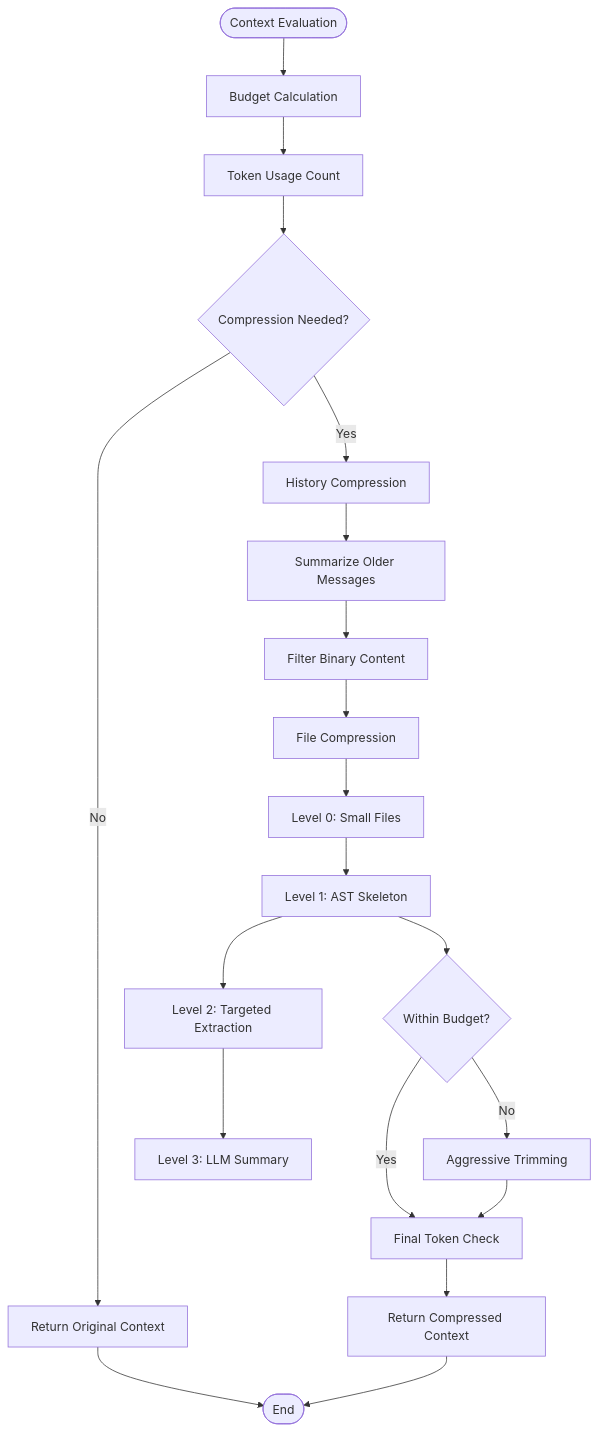
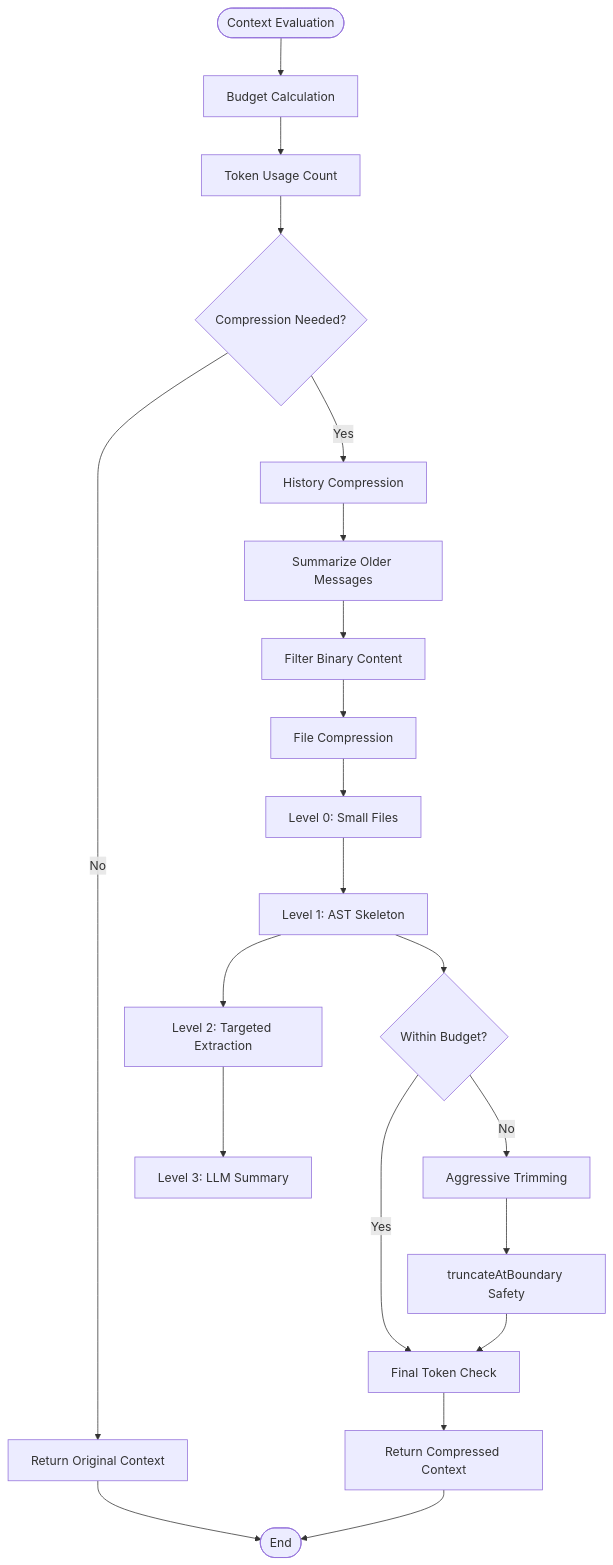
Before and after one commit to bramburn/repomix-runner: the fourth of 7 diagrams in .qoder/repowiki/en/content/Core Features/Compression Engine Architecture.md, drawn with Mermaid. The commit also changed other lines of this file and 27 other files, not shown here.

````diff
--- a/.qoder/repowiki/en/content/Core Features/Compression Engine Architecture.md
+++ b/.qoder/repowiki/en/content/Core Features/Compression Engine Architecture.md
@@ -229,22 +251,23 @@
 ```mermaid
 flowchart TD
 START([Context Evaluation]) --> CALCULATE[Budget Calculation]
 CALCULATE --> TOKEN_COUNT[Token Usage Count]
 TOKEN_COUNT --> CHECK_THRESHOLD{Compression Needed?}
 CHECK_THRESHOLD --> |No| RETURN_ORIGINAL[Return Original Context]
 CHECK_THRESHOLD --> |Yes| HISTORY_COMPRESSION[History Compression]
 HISTORY_COMPRESSION --> SUMMARIZE[Summarize Older Messages]
 SUMMARIZE --> FILTER_BINARY[Filter Binary Content]
 FILTER_BINARY --> FILE_COMPRESSION[File Compression]
 FILE_COMPRESSION --> LEVEL_0[Level 0: Small Files]
 LEVEL_0 --> LEVEL_1[Level 1: AST Skeleton]
 LEVEL_1 --> TARGETED_EXTRACT[Level 2: Targeted Extraction]
 TARGETED_EXTRACT --> LLM_SUMMARY[Level 3: LLM Summary]
 LEVEL_1 --> TRIM_CHECK{Within Budget?}
 TRIM_CHECK --> |Yes| FINAL_CHECK[Final Token Check]
 TRIM_CHECK --> |No| AGGRESSIVE_TRIM[Aggressive Trimming]
-AGGRESSIVE_TRIM --> FINAL_CHECK
+AGGRESSIVE_TRIM --> TRUNCATE_BOUNDARY[truncateAtBoundary Safety]
+TRUNCATE_BOUNDARY --> FINAL_CHECK
 FINAL_CHECK --> RETURN_COMPRESSED[Return Compressed Context]
 RETURN_ORIGINAL --> END([End])
 RETURN_COMPRESSED --> END
 ```
````
